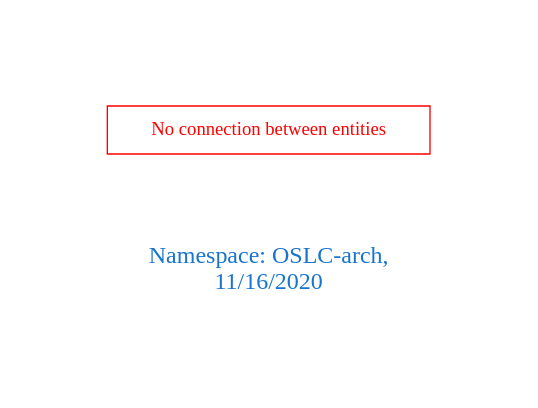
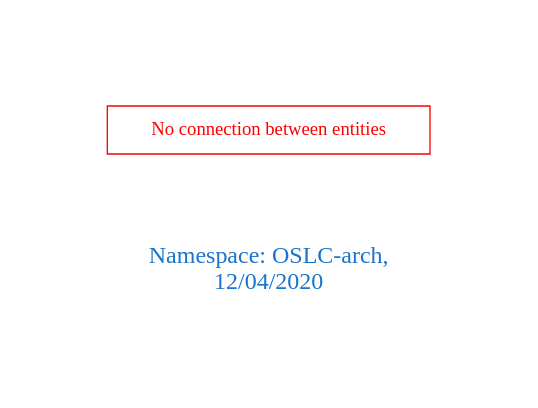
Before and after one commit to arago/OGIT: the diagram in downloads/OSLC-arch.dot, drawn with Graphviz. The commit also changed 1822 other files, not shown here.

```diff
--- a/downloads/OSLC-arch.dot
+++ b/downloads/OSLC-arch.dot
@@ -1,9 +1,9 @@
 digraph OGIT_ontology {
  graph [ rankdir= LR,pad=1 
 fontsize = 18,
-fontcolor= dodgerblue3,label = "\n\n\nNamespace: OSLC-arch, \n 11/16/2020"];
+fontcolor= dodgerblue3,label = "\n\n\nNamespace: OSLC-arch, \n 12/04/2020"];
 node[shape=polygon];
 edge [  color="gray81"];
 
 "No connection between entities" [fontcolor = "red",color="red", shape="polygon"]
 }
```
